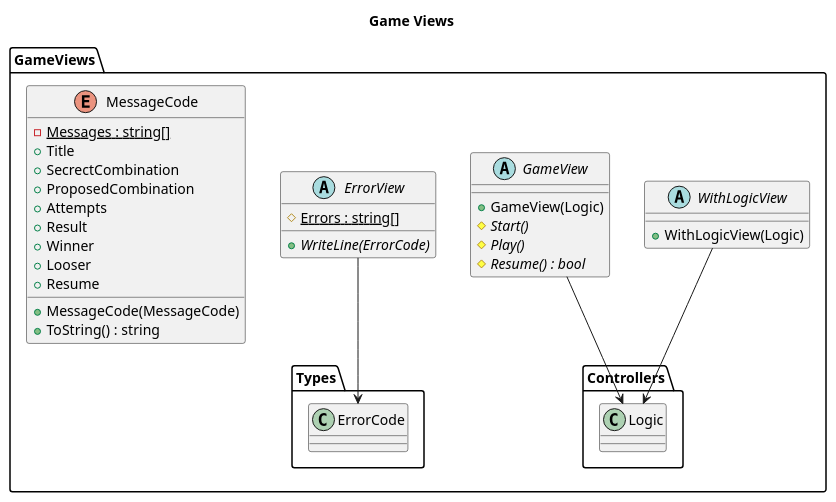
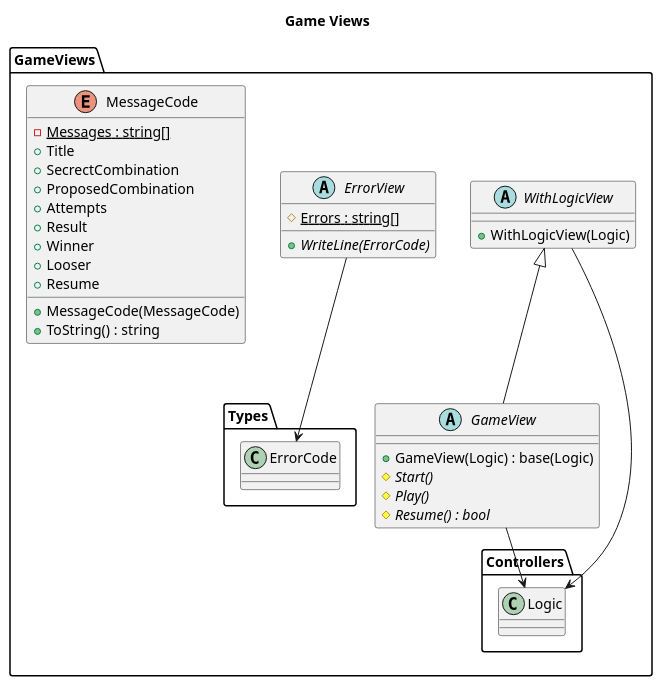
The diagram in src/Mastermind/ModelViewPresenter/PresentationModel/Facade/Docs/GameViews.plantuml (franpaulinoinfante/MasterSoftwareDevelopment), drawn with PlantUML before and after one commit. The commit also changed 35 other files, not shown here.

```diff
--- a/src/Mastermind/ModelViewPresenter/PresentationModel/Facade/Docs/GameViews.plantuml
+++ b/src/Mastermind/ModelViewPresenter/PresentationModel/Facade/Docs/GameViews.plantuml
@@ -1,38 +1,39 @@
 @startuml GameViews
 title Game Views
 namespace GameViews{
     abstract WithLogicView{
         +WithLogicView(Logic)
     }
     WithLogicView --> Controllers.Logic
+    WithLogicView <|-- GameView
 
     abstract GameView{
-        +GameView(Logic)
+        +GameView(Logic) : base(Logic)
         #{abstract}Start()
         #{abstract}Play()
         #{abstract}Resume() : bool
     }
     GameView --> Controllers.Logic
 
     abstract ErrorView{
         #{static}Errors : string[]
         +{abstract}WriteLine(ErrorCode)
     }
     ErrorView --> Types.ErrorCode
 
     enum MessageCode{
         -{static}Messages : string[]
         +Title
         +SecrectCombination
         +ProposedCombination
         +Attempts
         +Result
         +Winner
         +Looser
         +Resume
         +MessageCode(MessageCode)
         +ToString() : string
     }
 }
 
 @enduml
```
